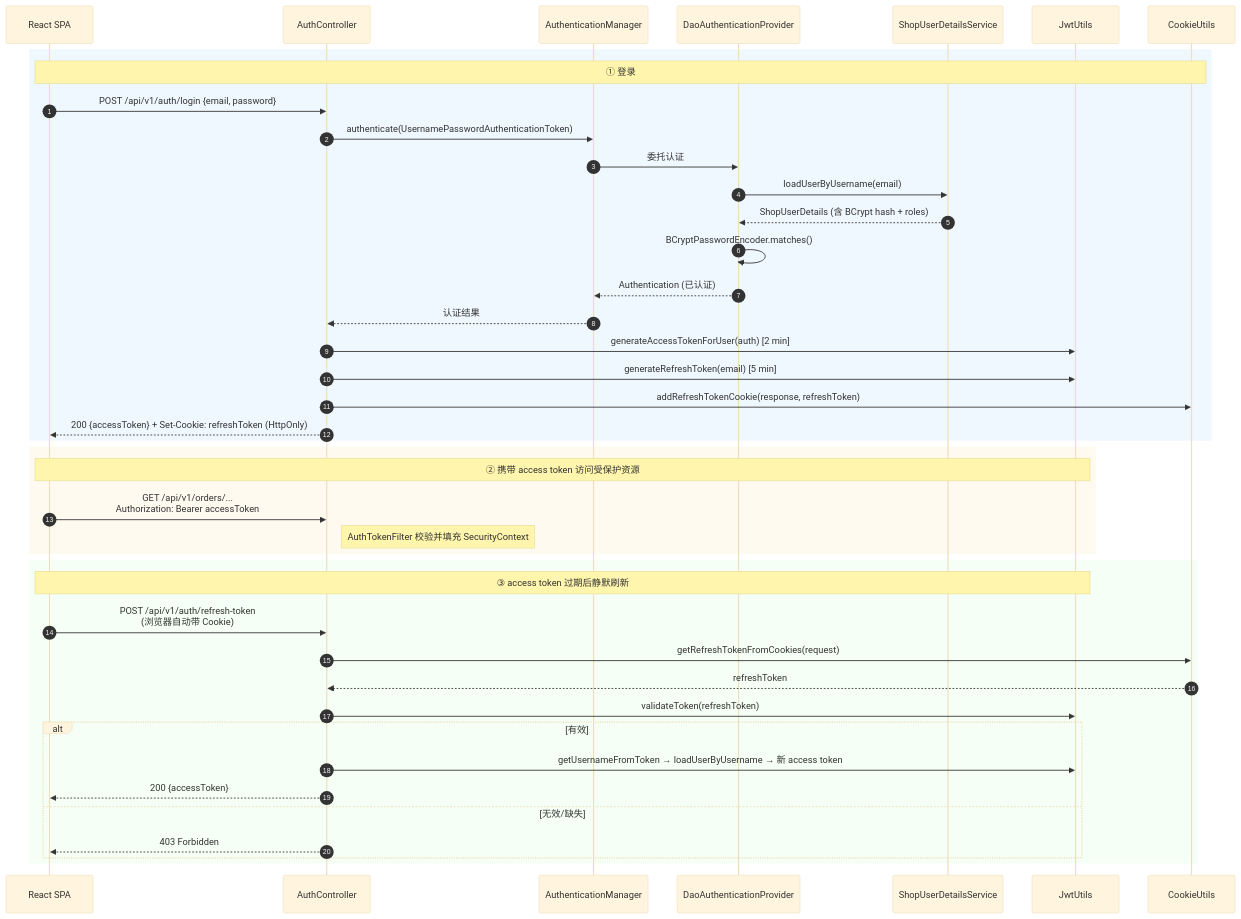
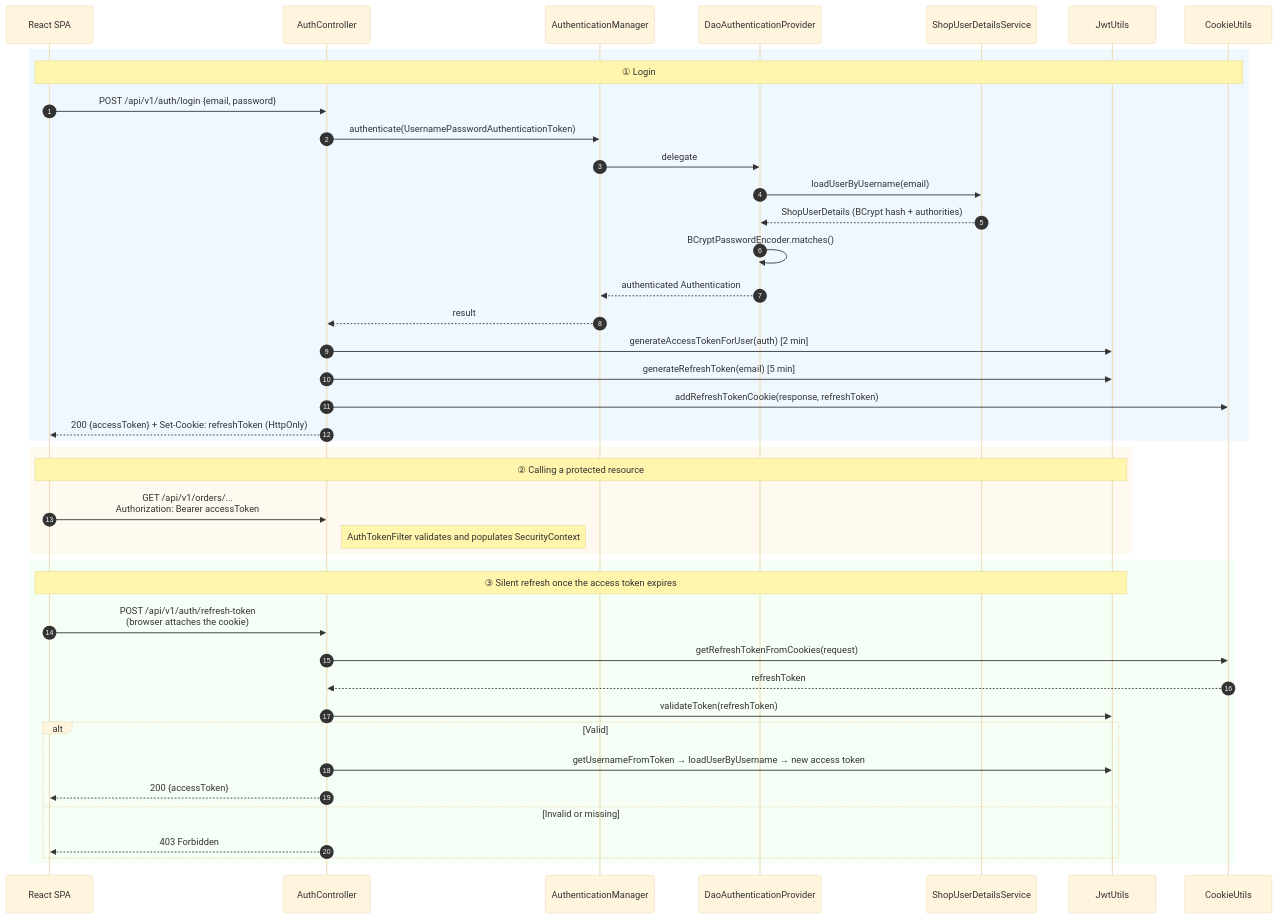
One commit to Chuan-Qiu/buynowdotcom changed diagram 20 of 24 in DESIGN.md. Above: the diagram before and after it, drawn with Mermaid (base theme). The commit also changed other lines of this file and 26 other files, not shown here.

````diff
--- a/DESIGN.md
+++ b/DESIGN.md
@@ -1227,47 +1263,47 @@
 ```mermaid
 sequenceDiagram
     autonumber
     participant FE as React SPA
     participant AC as AuthController
     participant AM as AuthenticationManager
     participant DAO as DaoAuthenticationProvider
     participant UDS as ShopUserDetailsService
     participant JU as JwtUtils
     participant CU as CookieUtils
 
     rect rgb(240, 248, 255)
-    Note over FE,CU: ① 登录
+    Note over FE,CU: ① Login
     FE->>AC: POST /api/v1/auth/login {email, password}
     AC->>AM: authenticate(UsernamePasswordAuthenticationToken)
-    AM->>DAO: 委托认证
+    AM->>DAO: delegate
     DAO->>UDS: loadUserByUsername(email)
-    UDS-->>DAO: ShopUserDetails (含 BCrypt hash + roles)
+    UDS-->>DAO: ShopUserDetails (BCrypt hash + authorities)
     DAO->>DAO: BCryptPasswordEncoder.matches()
-    DAO-->>AM: Authentication (已认证)
-    AM-->>AC: 认证结果
+    DAO-->>AM: authenticated Authentication
+    AM-->>AC: result
     AC->>JU: generateAccessTokenForUser(auth) [2 min]
     AC->>JU: generateRefreshToken(email) [5 min]
     AC->>CU: addRefreshTokenCookie(response, refreshToken)
     AC-->>FE: 200 {accessToken} + Set-Cookie: refreshToken (HttpOnly)
     end
 
     rect rgb(255, 250, 240)
-    Note over FE,JU: ② 携带 access token 访问受保护资源
+    Note over FE,JU: ② Calling a protected resource
     FE->>AC: GET /api/v1/orders/... <br/>Authorization: Bearer accessToken
-    Note right of AC: AuthTokenFilter 校验并填充 SecurityContext
+    Note right of AC: AuthTokenFilter validates and populates SecurityContext
     end
 
     rect rgb(245, 255, 245)
-    Note over FE,JU: ③ access token 过期后静默刷新
-    FE->>AC: POST /api/v1/auth/refresh-token<br/>(浏览器自动带 Cookie)
+    Note over FE,JU: ③ Silent refresh once the access token expires
+    FE->>AC: POST /api/v1/auth/refresh-token<br/>(browser attaches the cookie)
     AC->>CU: getRefreshTokenFromCookies(request)
     CU-->>AC: refreshToken
     AC->>JU: validateToken(refreshToken)
-    alt 有效
-        AC->>JU: getUsernameFromToken → loadUserByUsername → 新 access token
+    alt Valid
+        AC->>JU: getUsernameFromToken → loadUserByUsername → new access token
         AC-->>FE: 200 {accessToken}
-    else 无效/缺失
+    else Invalid or missing
         AC-->>FE: 403 Forbidden
     end
     end
 ```
````
